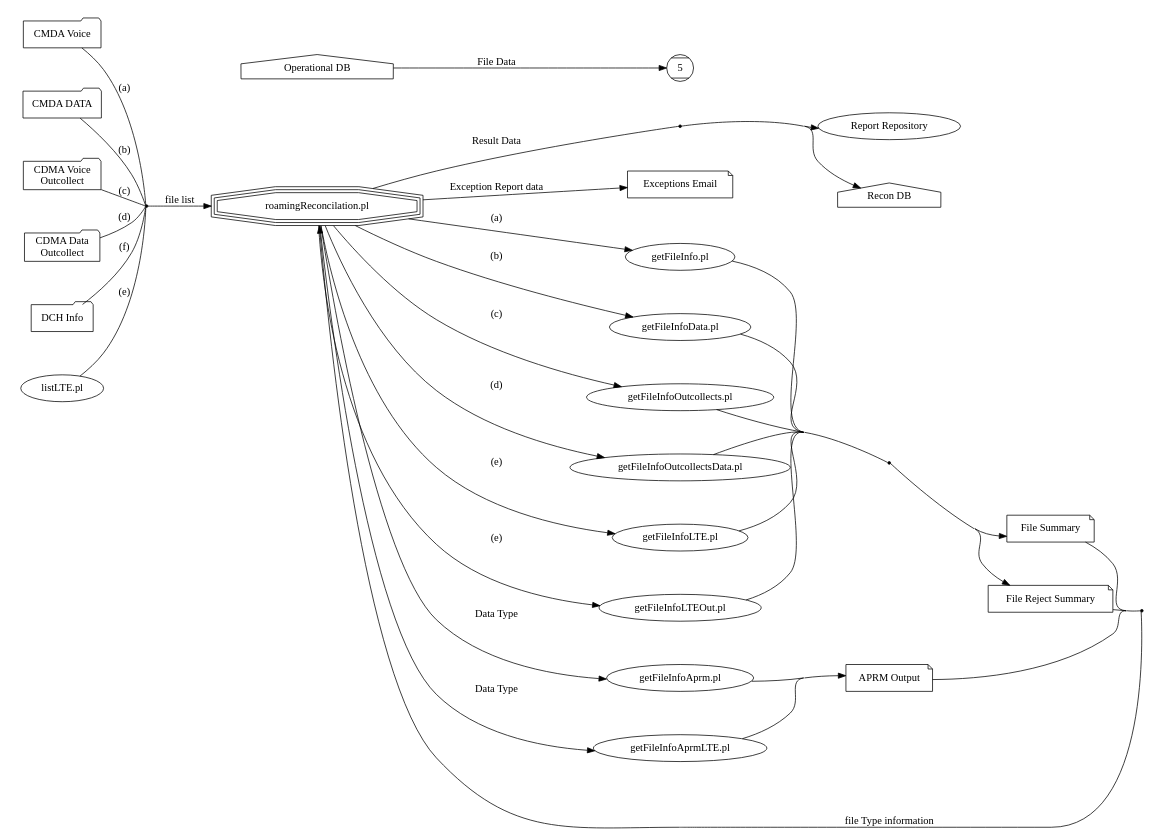
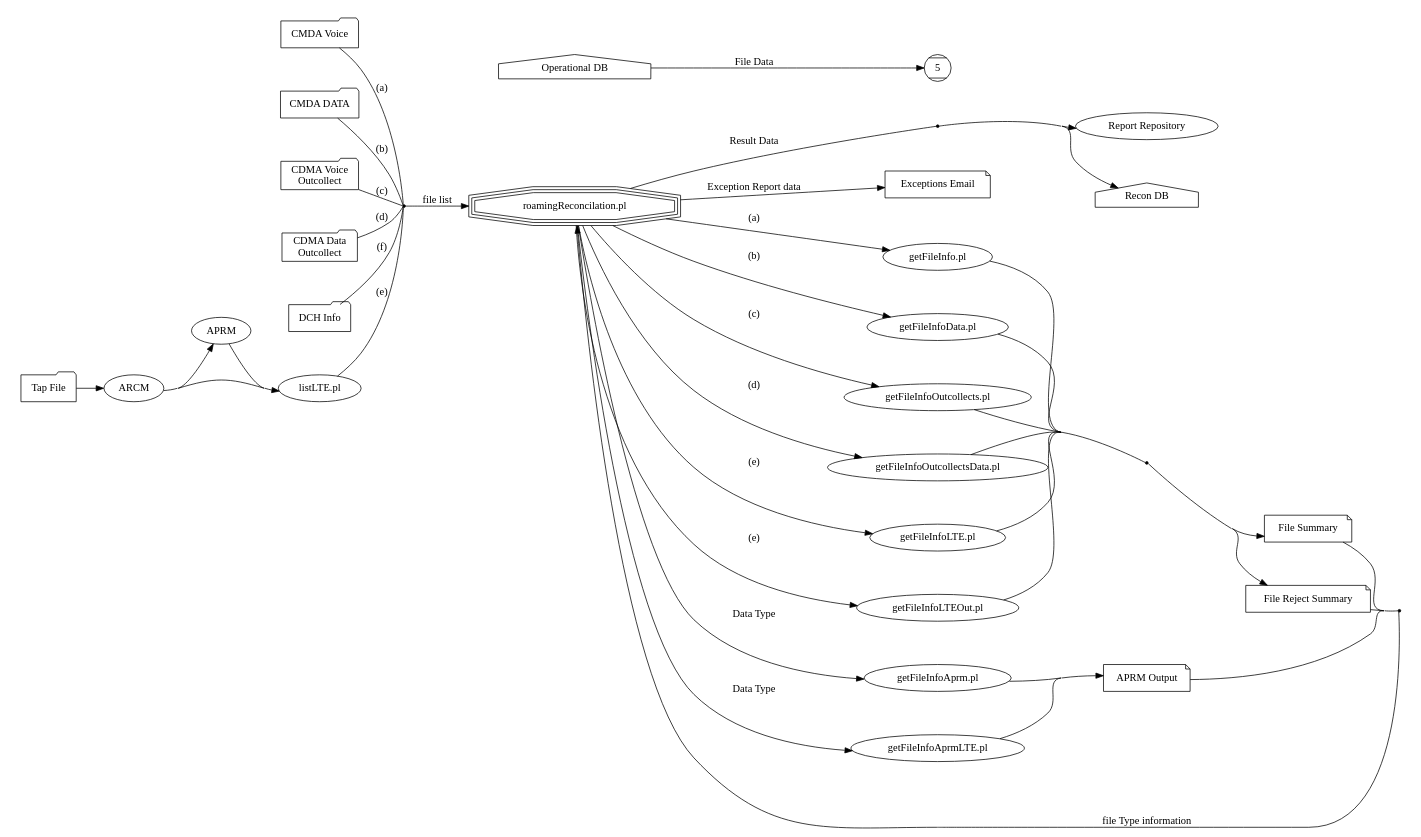
Before and after one commit to dbalchen/workspace: the diagram in volteRoaming/docs/rr.dot, drawn with Graphviz. The commit also changed 4 other files, not shown here.

```diff
--- a/volteRoaming/docs/rr.dot
+++ b/volteRoaming/docs/rr.dot
@@ -1,81 +1,85 @@
 
 digraph BI {
-	graph [splines=true nodesep=0.8 overlap=false decorate=true style=bold concentrate=true];
+	graph [splines=true nodesep=0.8 overlap=false decorate=true style=bold concentrate=true orientation="1L"];
 	rankdir=LR;
 	
 	node [shape=house];"Operational DB";"Recon DB";
 	node [shape=folder];"CMDA Voice";"CMDA DATA";"CDMA Voice\nOutcollect";"CDMA Data\nOutcollect";"DCH Info";
 	
 	node [shape=tripleoctagon];"roamingReconcilation.pl";
 	node [shape=note];"APRM Output";
 	node [shape=note];"File Summary"; "File Reject Summary";"APRM Output";"Exceptions Email";
 	node [shape=ellipse];"listLTE.pl";
 	
 	subgraph cluster_1 {
 		color="#FFFFFF";
 		
 		4 [shape=point]
 		5 [shape=Mcircle]
 		
 		"4" -> "Recon DB";
 		"4" -> "Report Repository";
 		"roamingReconcilation.pl" -> "Exceptions Email" [label ="Exception Report data"];
 		"Operational DB" -> "5"  [label ="File Data"];
 		
 	}
 	
 	subgraph cluster_2 {
 	 	color="#FFFFFF";
 		1 [shape=point]
-		
+		"Tap File" [shape=folder];
 		
 		"CMDA Voice" ->  "1"[arrowhead="none" label = "(a)"];
 		"CMDA DATA" ->  "1"[arrowhead="none"  label = "(b)"];
 		"CDMA Voice\nOutcollect" -> "1"[arrowhead="none"  label = "(c)"];
 		"CDMA Data\nOutcollect" -> "1"[arrowhead="none"  label = "(d)"];
+		"Tap File" -> "ARCM";
+		"ARCM" -> "APRM"
+		"ARCM" -> "listLTE.pl";
+		"APRM" -> "listLTE.pl";
 		"listLTE.pl"  -> "1"[arrowhead="none"  label = "(e)"] ;
 		"DCH Info" ->  "1"[arrowhead="none" label = "(f)" ];
 		"1"  -> "roamingReconcilation.pl" [label = "file list"] ;		
 	}
 	
 	
 	subgraph cluster_3 {
 		color="#FFFFFF";
 		"roamingReconcilation.pl" -> "4"[arrowhead="none" label="Result Data"] ;
 		"roamingReconcilation.pl" -> "getFileInfo.pl" [label = "(a)"];
 		"roamingReconcilation.pl" -> "getFileInfoData.pl"  [label = "(b)"];
 		"roamingReconcilation.pl" -> "getFileInfoOutcollects.pl" [label = "(c)"];
 		"roamingReconcilation.pl" -> "getFileInfoOutcollectsData.pl" [label = "(d)"];
 		"roamingReconcilation.pl" -> "getFileInfoLTE.pl"  [label = "(e)"];
 		"roamingReconcilation.pl" -> "getFileInfoLTEOut.pl"  [label ="(e)"];
 		"roamingReconcilation.pl" -> "getFileInfoAprm.pl"  [label ="Data Type"];
 		"roamingReconcilation.pl" -> "getFileInfoAprmLTE.pl"  [label ="Data Type"];
 		"getFileInfoAprmLTE.pl" -> "APRM Output";
 		"getFileInfoAprm.pl" -> "APRM Output";
 		"getFileInfo.pl" -> "2"[arrowhead="none"];
 		"getFileInfoData.pl" -> "2"[arrowhead="none"];
 		"getFileInfoOutcollects.pl" -> "2"[arrowhead="none"];
 		"getFileInfoLTE.pl" -> "2"[arrowhead="none"];
 		"getFileInfoLTEOut.pl" -> "2"[arrowhead="none"];
 		"getFileInfoOutcollectsData.pl" -> "2"[arrowhead="none"];
 		
 	}
 	
 	subgraph cluster_4 {
 		color="#FFFFFF";
 		2 [shape=point]	
 		"2" -> "File Summary";
 		"2" -> "File Reject Summary";
 		
 		3 [shape=point]
 		"3" ->  "roamingReconcilation.pl" [label="file Type information"];
 		"File Summary"  -> "3"[arrowhead="none"];
 		"File Reject Summary" -> "3"[arrowhead="none"];
 		"APRM Output"  -> "3"[arrowhead="none"];
 		
 		
 	}
 	
 	
 	
 }
```
